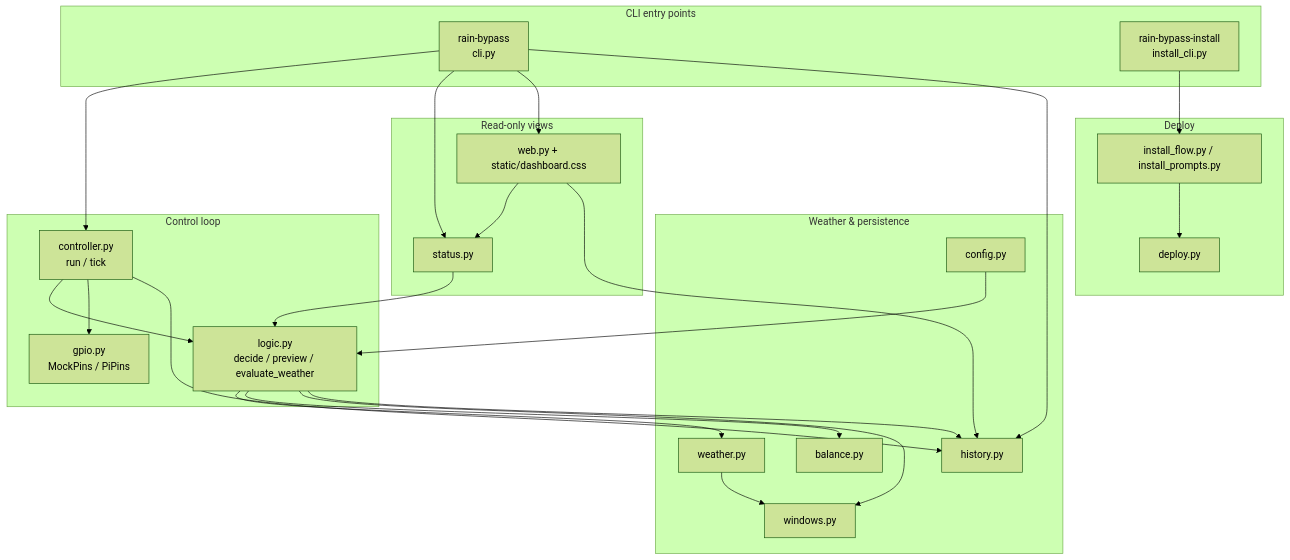
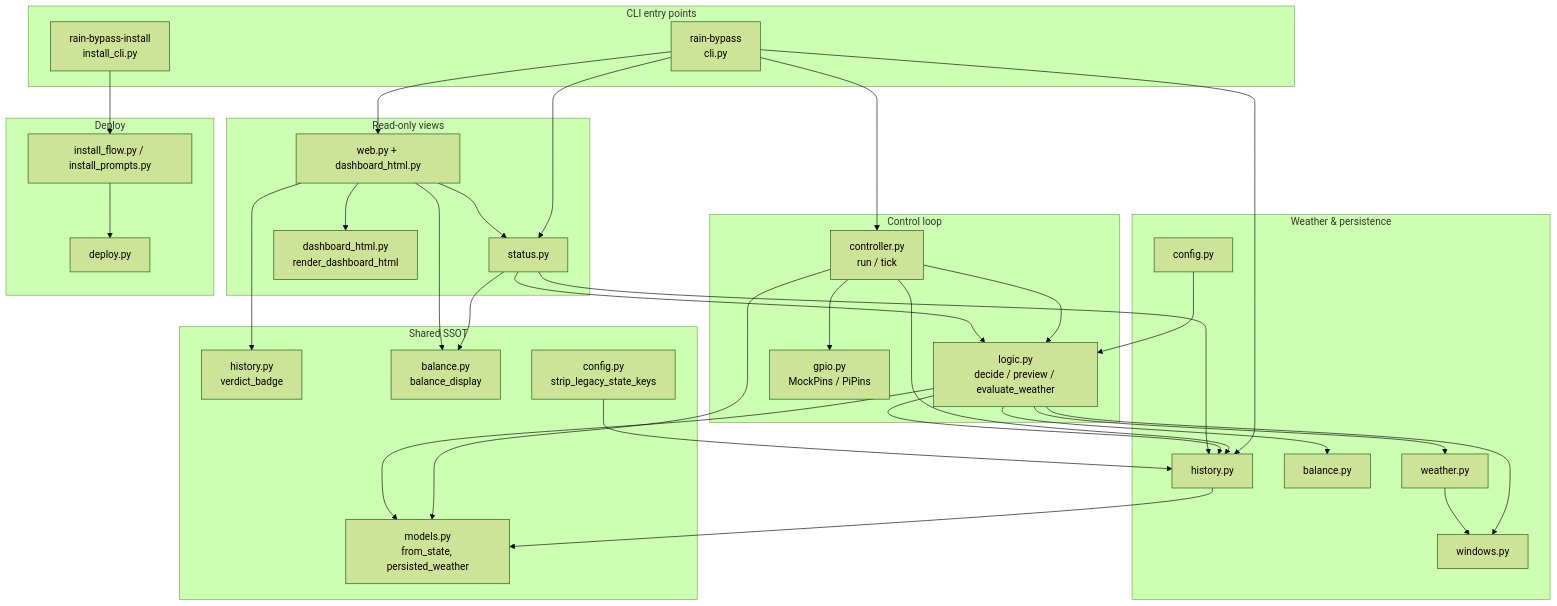
The sixth of 7 diagrams in README.md (grevelle/sprinkler-rain-bypass), drawn with Mermaid (forest theme) before and after one commit. The commit also changed other lines of this file and 13 other files, not shown here.

First line of the commit message:
refactor: consolidate SSOT helpers and split dashboard HTML

````diff
--- a/README.md
+++ b/README.md
@@ -491,49 +491,65 @@
 ```mermaid
 flowchart TB
   subgraph entry [CLI entry points]
     main["rain-bypass<br/>cli.py"]
     installer["rain-bypass-install<br/>install_cli.py"]
+  end
+
+  subgraph ssot [Shared SSOT]
+    models["models.py<br/>from_state, persisted_weather"]
+    historySSOT["history.py<br/>verdict_badge"]
+    balanceSSOT["balance.py<br/>balance_display"]
+    configSSOT["config.py<br/>strip_legacy_state_keys"]
   end
 
   subgraph loop [Control loop]
     controller[controller.py<br/>run / tick]
     logic[logic.py<br/>decide / preview / evaluate_weather]
     gpio[gpio.py<br/>MockPins / PiPins]
   end
 
   subgraph io [Weather & persistence]
     weather[weather.py]
     windows[windows.py]
     balance[balance.py]
     history[history.py]
     config[config.py]
   end
 
   subgraph views [Read-only views]
     status[status.py]
-    web["web.py + static/dashboard.css"]
+    web["web.py + dashboard_html.py"]
+    webHtml["dashboard_html.py<br/>render_dashboard_html"]
   end
 
   subgraph deployMod [Deploy]
     deploy[deploy.py]
     flow[install_flow.py / install_prompts.py]
   end
 
   main --> controller
   main --> status
   main --> web
   main --> history
   installer --> flow --> deploy
   controller --> logic
   controller --> gpio
   controller --> history
+  controller --> models
   logic --> weather
   logic --> balance
   logic --> windows
   logic --> history
+  logic --> models
+  history --> models
   status --> logic
+  status --> balanceSSOT
+  status --> history
   web --> status
-  web --> history
+  web --> historySSOT
+  web --> balanceSSOT
+  web --> webHtml
   weather --> windows
   config --> logic
+  configSSOT --> history
 ```
````
